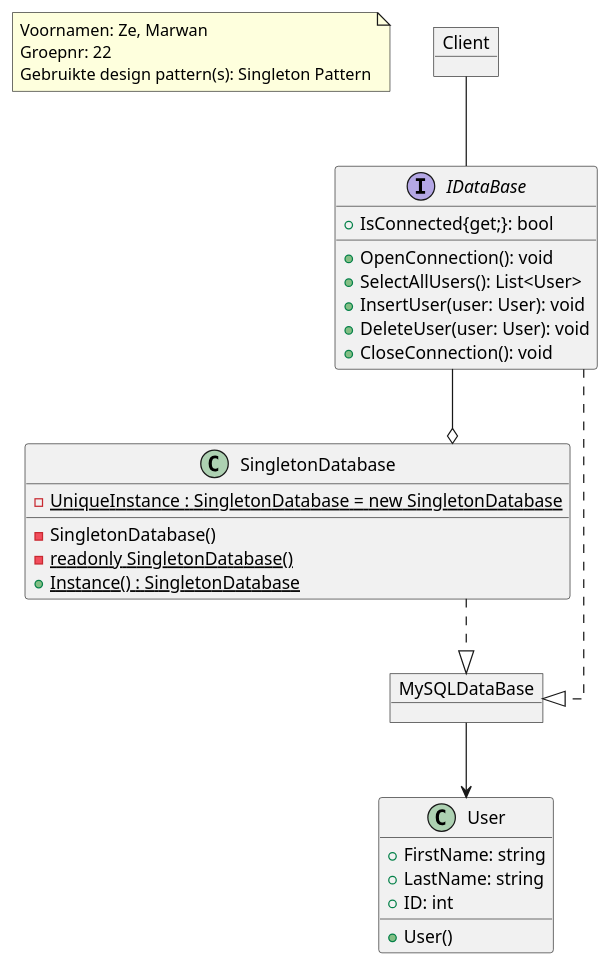
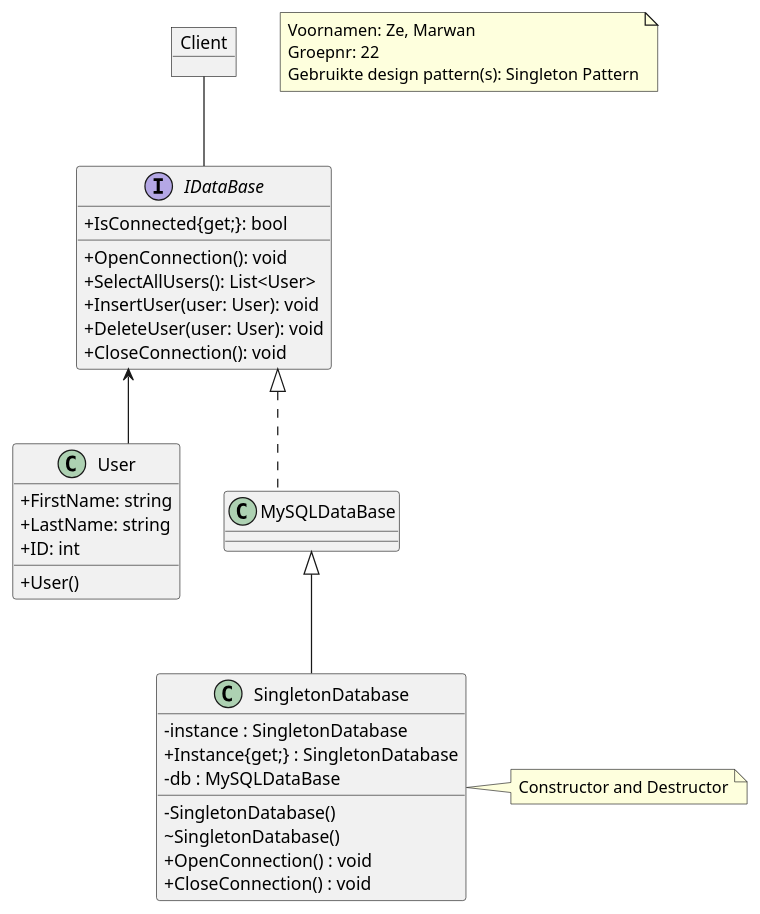
Before and after one commit to AdrenalineGhost/Projects: the diagram in software/labo14/Opdracht2.puml, drawn with PlantUML. The commit also changed 989 other files, not shown here.

```diff
--- a/software/labo14/Opdracht2.puml
+++ b/software/labo14/Opdracht2.puml
@@ -1,42 +1,47 @@
 @startuml Groepnr 22
+skinparam ClassAttributeIconSize 0
 skinparam linetype ortho
 Note as Info
   Voornamen: Ze, Marwan
   Groepnr: 22
   Gebruikte design pattern(s): Singleton Pattern
 end Note
 
 class SingletonDatabase{
-  - {static} UniqueInstance : SingletonDatabase = new SingletonDatabase
+  - instance : SingletonDatabase 
   - SingletonDatabase()
-  - {static} readonly SingletonDatabase()
-  + {static} Instance() : SingletonDatabase
+  ~ SingletonDatabase()
+  + Instance{get;} : SingletonDatabase
+  - db : MySQLDataBase
+  + OpenConnection() : void
+  + CloseConnection() : void
 }
+note right : Constructor and Destructor
 
 Class User{
-    +User()
-    +FirstName: string 
-    +LastName: string
-    +ID: int
+    + User()
+    + FirstName: string 
+    + LastName: string
+    + ID: int
 }
 
 
 interface IDataBase{
-    +OpenConnection(): void 
-    +SelectAllUsers(): List<User>
-    +InsertUser(user: User): void
-    +DeleteUser(user: User): void
-    +IsConnected{get;}: bool
-    +CloseConnection(): void
+    + OpenConnection(): void 
+    + SelectAllUsers(): List<User>
+    + InsertUser(user: User): void
+    + DeleteUser(user: User): void
+    + IsConnected{get;}: bool
+    + CloseConnection(): void
 }
 
 object Client
-object MySQLDataBase
+class MySQLDataBase
 
+IDataBase <|.. MySQLDataBase
+MySQLDataBase <|-- SingletonDatabase
+IDataBase <-- User
 Client -- IDataBase
-MySQLDataBase --> User
-SingletonDatabase ..|> MySQLDataBase
-IDataBase ..|> MySQLDataBase
-IDataBase --o SingletonDatabase
+
 
 @enduml
```
